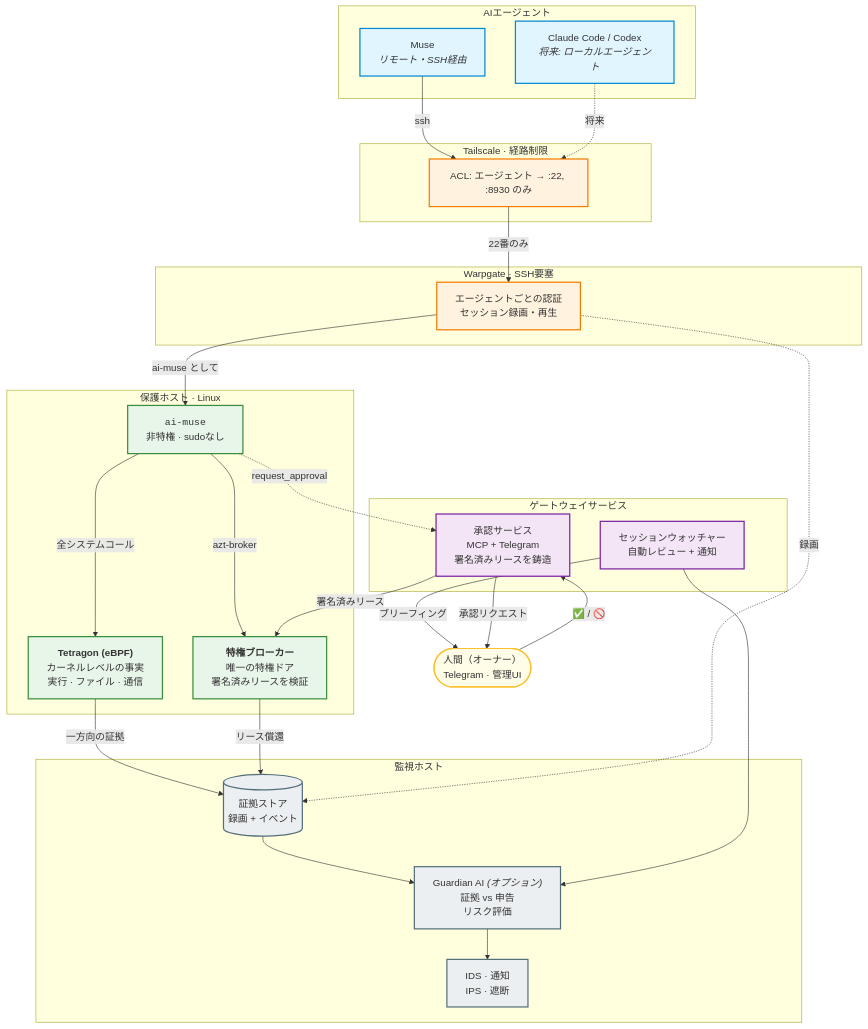
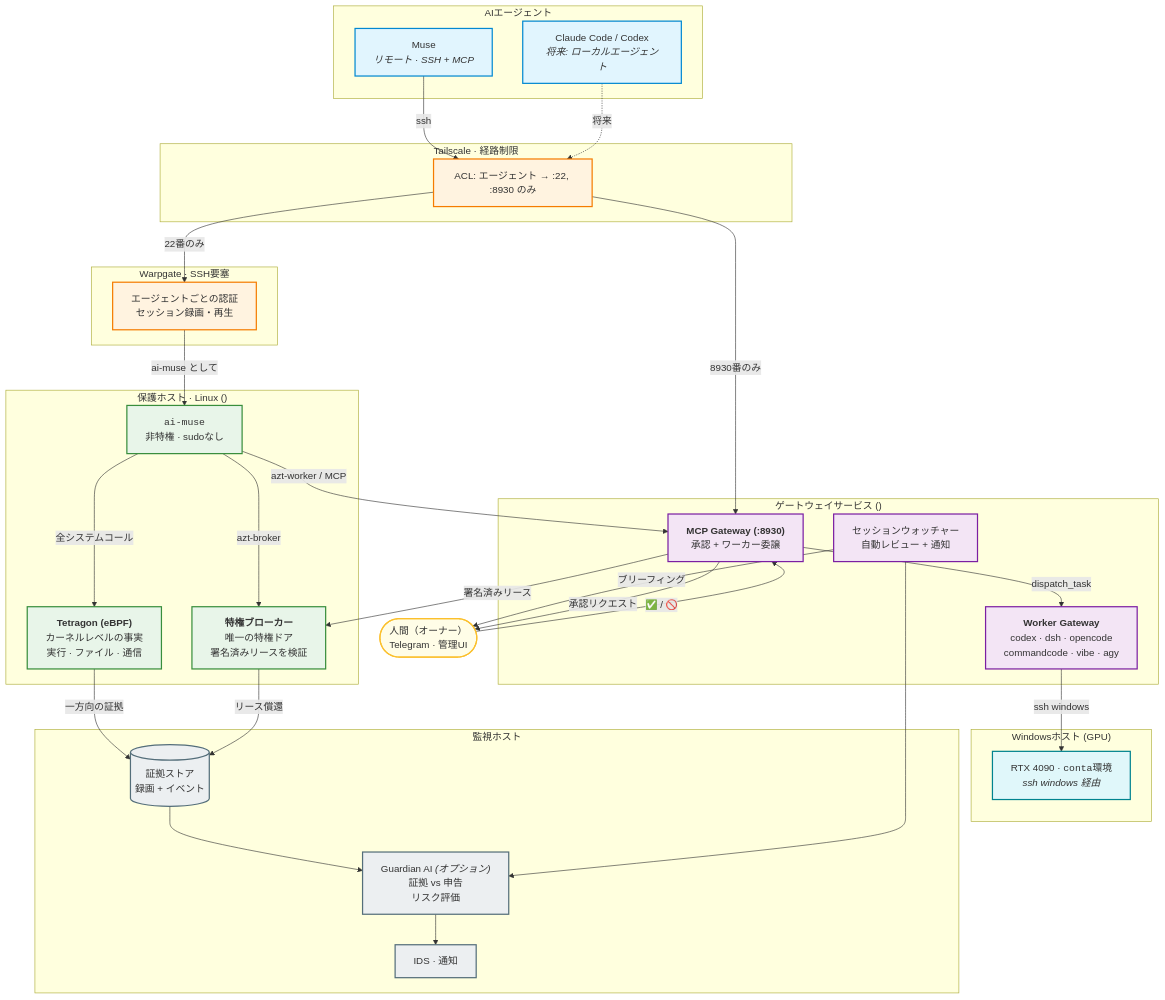
Before and after one commit to ganpare/agent-zerotrust: the diagram in README.ja.md, drawn with Mermaid. The commit also changed other lines of this file and 2 other files, not shown here.

Commit message:
docs: align architecture diagrams with the deployed system
- README (en/ja) and docs/architecture.md now show:
  * MCP Gateway (:8930) as the control plane (approval + worker dispatch)
  * Worker Gateway dispatching to local CLI agents (codex, dsh, opencode,
    commandcode, vibe, agy)
  * Windows GPU work reached only via `ssh windows` (no mounts, no extra
    Windows users)
  * the current IDS/IPS posture: IDS live (review + Telegram), IPS
    enforced at the OS boundary (no sudo, broker+lease), egress default-deny
    and Tetragon enforcement are Phase 3 follow-ups

````diff
--- a/README.ja.md
+++ b/README.ja.md
@@ -43,66 +43,75 @@
 ```mermaid
 flowchart TB
     subgraph agents["AIエージェント"]
-        muse["Muse<br/><i>リモート・SSH経由</i>"]
+        muse["Muse<br/><i>リモート · SSH + MCP</i>"]
         local["Claude Code / Codex<br/><i>将来: ローカルエージェント</i>"]
     end
 
     subgraph tailnet["Tailscale · 経路制限"]
         acl["ACL: エージェント → :22, :8930 のみ"]
     end
 
     subgraph bastion["Warpgate · SSH要塞"]
         wg["エージェントごとの認証<br/>セッション録画・再生"]
     end
 
-    subgraph protected["保護ホスト · Linux"]
+    subgraph protected["保護ホスト · Linux (<PROTECTED_HOST>)"]
         user["<code>ai-muse</code><br/>非特権 · sudoなし"]
         tg["<b>Tetragon (eBPF)</b><br/>カーネルレベルの事実<br/>実行 · ファイル · 通信"]
         broker["<b>特権ブローカー</b><br/>唯一の特権ドア<br/>署名済みリースを検証"]
     end
 
-    subgraph gateway["ゲートウェイサービス"]
-        approvals["承認サービス<br/>MCP + Telegram<br/>署名済みリースを鋳造"]
+    subgraph gateway["ゲートウェイサービス (<PROTECTED_HOST>)"]
+        mcp["<b>MCP Gateway (:8930)</b><br/>承認 + ワーカー委譲"]
         watcher["セッションウォッチャー<br/>自動レビュー + 通知"]
+        workers["<b>Worker Gateway</b><br/>codex · dsh · opencode<br/>commandcode · vibe · agy"]
+    end
+
+    subgraph windows["Windowsホスト (GPU)"]
+        win["RTX 4090 · <code>conta</code>環境<br/><i>ssh windows 経由</i>"]
     end
 
     subgraph monitoring["監視ホスト"]
         store[("証拠ストア<br/>録画 + イベント")]
         guardian["Guardian AI <i>(オプション)</i><br/>証拠 vs 申告<br/>リスク評価"]
-        ids["IDS · 通知<br/>IPS · 遮断"]
+        ids["IDS · 通知"]
     end
 
     human(["人間（オーナー）<br/>Telegram · 管理UI"])
 
     muse -->|"ssh"| acl
     local -.->|"将来"| acl
     acl -->|"22番のみ"| wg
+    acl -->|"8930番のみ"| mcp
     wg -->|"ai-muse として"| user
     user -->|"全システムコール"| tg
     user -->|"azt-broker"| broker
+    user -->|"azt-worker / MCP"| mcp
+    mcp -->|"dispatch_task"| workers
+    workers -->|"ssh windows"| win
     tg -->|"一方向の証拠"| store
     broker -->|"リース償還"| store
     store --> guardian
     guardian --> ids
     watcher --> guardian
     watcher -->|"ブリーフィング"| human
-    approvals -->|"承認リクエスト"| human
-    human -->|"✅ / 🚫"| approvals
-    approvals -->|"署名済みリース"| broker
-    user -.->|"request_approval"| approvals
-    wg -.->|"録画"| store
+    mcp -->|"承認リクエスト"| human
+    human -->|"✅ / 🚫"| mcp
+    mcp -->|"署名済みリース"| broker
 
     classDef agent fill:#e1f5fe,stroke:#0288d1,stroke-width:2px
     classDef bastionBox fill:#fff3e0,stroke:#f57c00,stroke-width:2px
     classDef hostBox fill:#e8f5e9,stroke:#388e3c,stroke-width:2px
     classDef controlBox fill:#f3e5f5,stroke:#7b1fa2,stroke-width:2px
     classDef monBox fill:#eceff1,stroke:#546e7a,stroke-width:2px
     classDef humanBox fill:#fffde7,stroke:#fbc02d,stroke-width:2px
+    classDef winBox fill:#e0f7fa,stroke:#00838f,stroke-width:2px
 
     class muse,local agent
     class acl,wg bastionBox
     class user,tg,broker hostBox
-    class approvals,watcher controlBox
+    class mcp,watcher,workers controlBox
     class store,guardian,ids monBox
     class human humanBox
+    class win winBox
 ```
````
